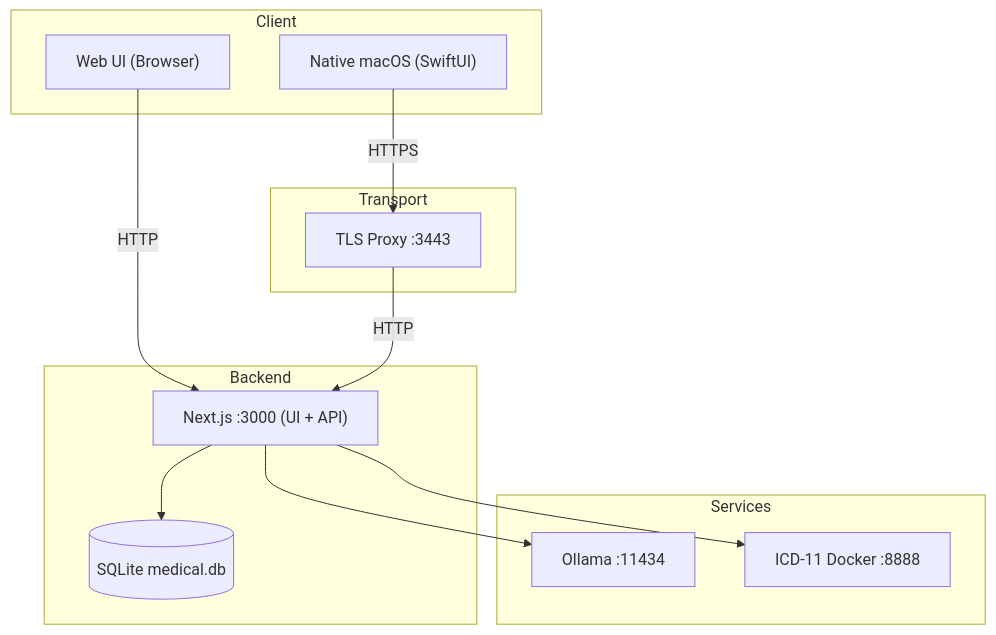
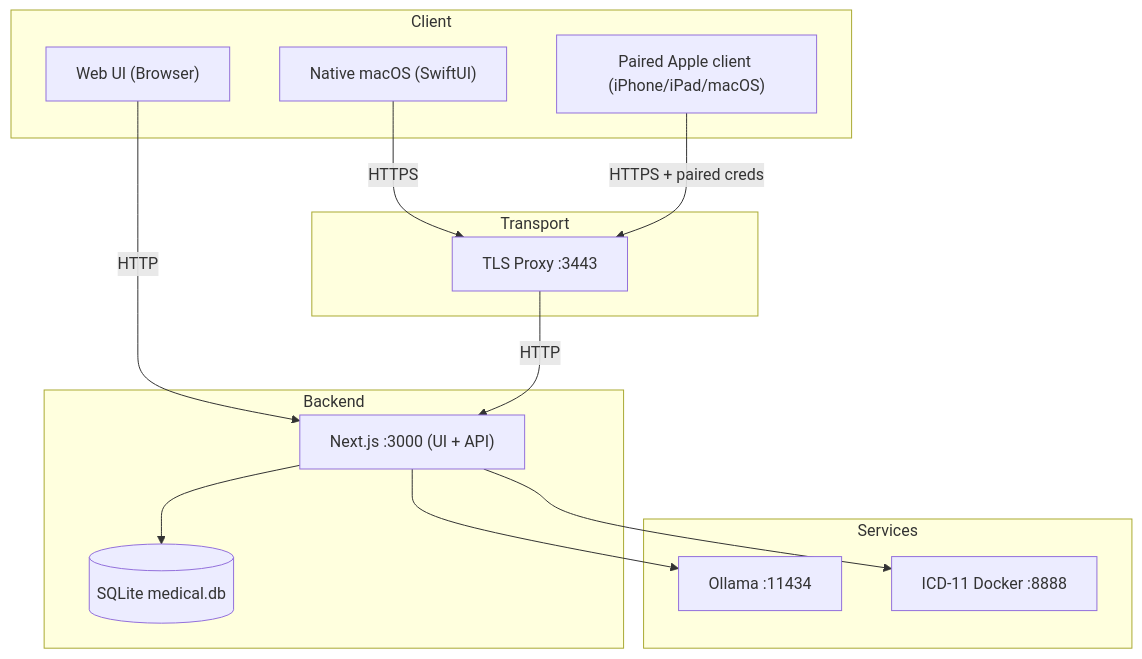
One commit to Wulfgardr/mediflow changed the diagram in ARCHITECTURE.md. Above: the diagram before and after it, drawn with Mermaid. The commit also changed other lines of this file and 470 other files, not shown here.

````diff
--- a/ARCHITECTURE.md
+++ b/ARCHITECTURE.md
@@ -90,28 +112,30 @@
 ```mermaid
 flowchart TB
   subgraph "Client"
     Web["Web UI (Browser)"]
     Mac["Native macOS (SwiftUI)"]
+    Peer["Paired Apple client (iPhone/iPad/macOS)"]
   end
 
   subgraph "Transport"
     TLS["TLS Proxy :3443"]
   end
 
   subgraph "Backend"
     Next["Next.js :3000 (UI + API)"]
     DB[("SQLite medical.db")]
   end
 
   subgraph "Services"
     Ollama["Ollama :11434"]
     ICD["ICD-11 Docker :8888"]
   end
 
   Web -->|HTTP| Next
   Mac -->|HTTPS| TLS -->|HTTP| Next
+  Peer -->|HTTPS + paired creds| TLS
 
   Next --> DB
   Next --> Ollama
   Next --> ICD
 ```
````
